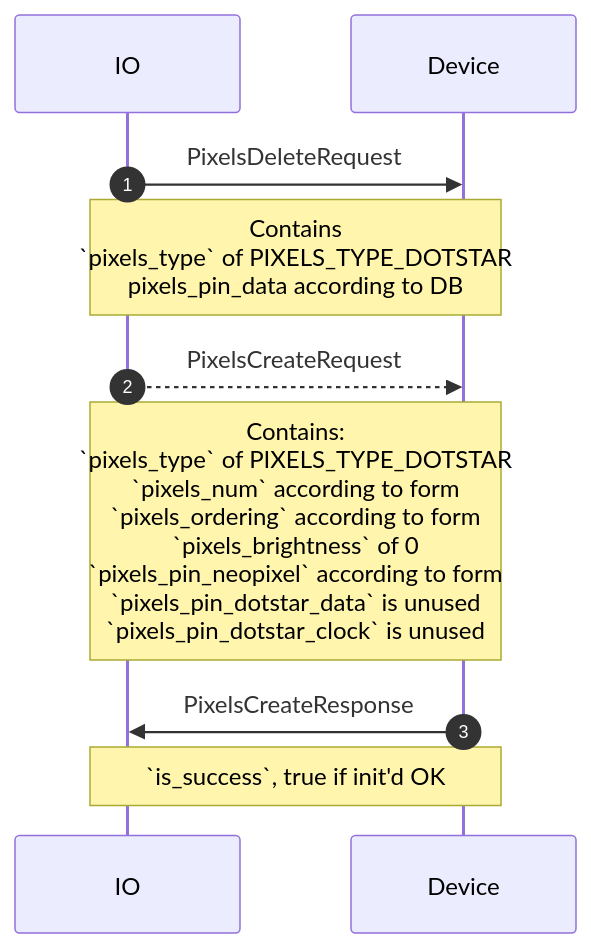
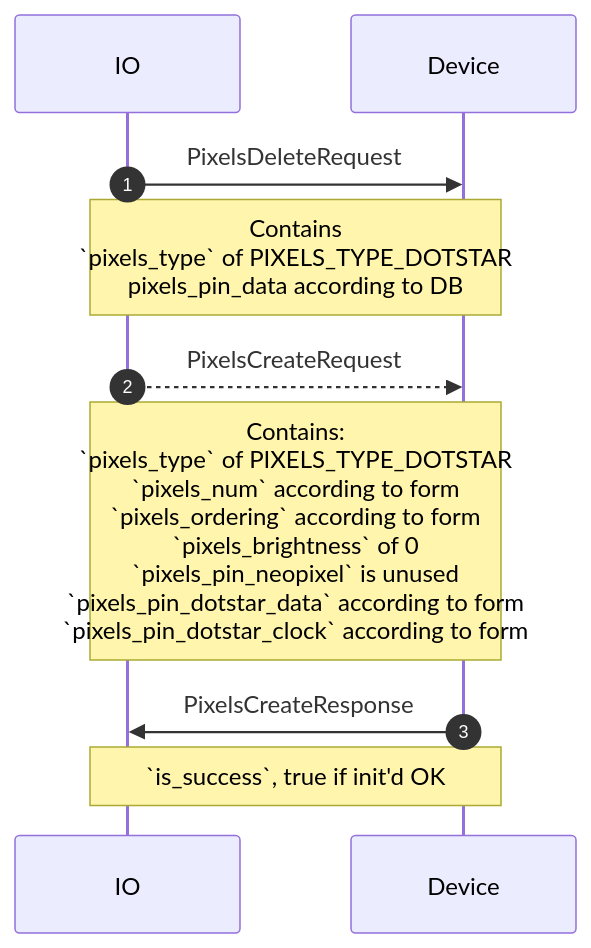
The eighth of 10 diagrams in proto/wippersnapper/pixels/v1/pixels.md (adafruit/Wippersnapper_Protobuf), drawn with Mermaid before and after one commit. The commit also changed other lines of this file, not shown here.

````diff
--- a/proto/wippersnapper/pixels/v1/pixels.md
+++ b/proto/wippersnapper/pixels/v1/pixels.md
@@ -90,10 +90,10 @@
 ```mermaid
 sequenceDiagram
 autonumber
 IO->>Device: PixelsDeleteRequest
 Note over IO, Device: Contains<br> `pixels_type` of PIXELS_TYPE_DOTSTAR<br>pixels_pin_data according to DB
 IO-->>Device: PixelsCreateRequest
-Note over IO, Device: Contains:<br> `pixels_type` of PIXELS_TYPE_DOTSTAR<br>`pixels_num` according to form<br>`pixels_ordering` according to form<br> `pixels_brightness` of 0<br>`pixels_pin_neopixel` according to form<br> `pixels_pin_dotstar_data` is unused<br>`pixels_pin_dotstar_clock` is unused
+Note over IO, Device: Contains:<br> `pixels_type` of PIXELS_TYPE_DOTSTAR<br>`pixels_num` according to form<br>`pixels_ordering` according to form<br> `pixels_brightness` of 0<br>`pixels_pin_neopixel` is unused<br> `pixels_pin_dotstar_data` according to form<br>`pixels_pin_dotstar_clock` according to form
 Device->>IO: PixelsCreateResponse
 Note over Device,IO: `is_success`, true if init'd OK
 ```
````
